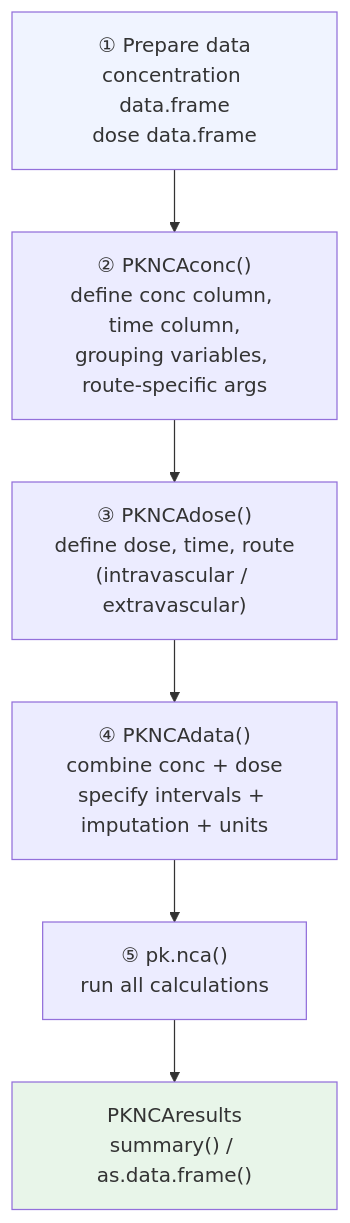
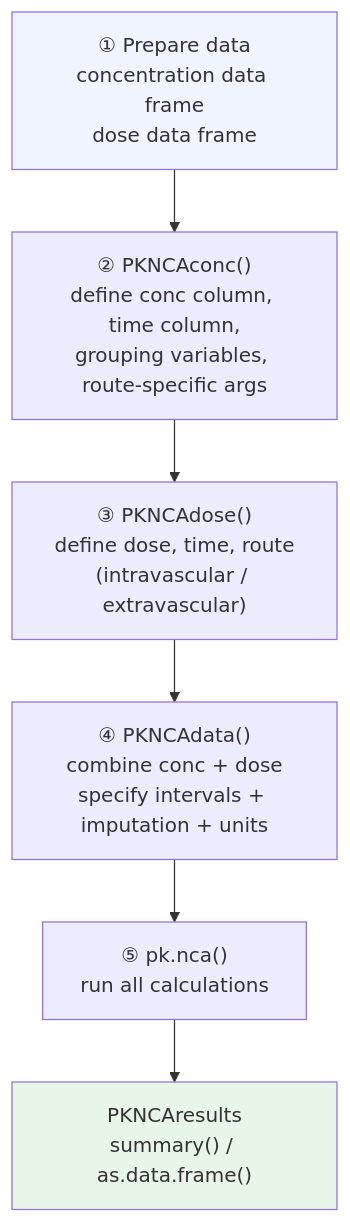
The diagram in user/workflow.qmd (humanpred/pknca-book), drawn with Mermaid before and after one commit. The commit also changed other lines of this file and 20 other files, not shown here.

````diff
--- a/user/workflow.qmd
+++ b/user/workflow.qmd
@@ -16,12 +16,12 @@
 ```{mermaid}
 flowchart TD
-    S1["① Prepare data<br/>concentration data.frame<br/>dose data.frame"] --> S2
+    S1["① Prepare data<br/>concentration data frame<br/>dose data frame"] --> S2
     S2["② PKNCAconc()<br/>define conc column, time column,<br/>grouping variables, route-specific args"] --> S3
     S3["③ PKNCAdose()<br/>define dose, time, route<br/>(intravascular / extravascular)"] --> S4
     S4["④ PKNCAdata()<br/>combine conc + dose<br/>specify intervals + imputation + units"] --> S5
     S5["⑤ pk.nca()<br/>run all calculations"] --> S6
     S6["PKNCAresults<br/>summary() / as.data.frame()"]
 
     style S1 fill:#f0f4ff
     style S6 fill:#e8f5e9
 ```
````
